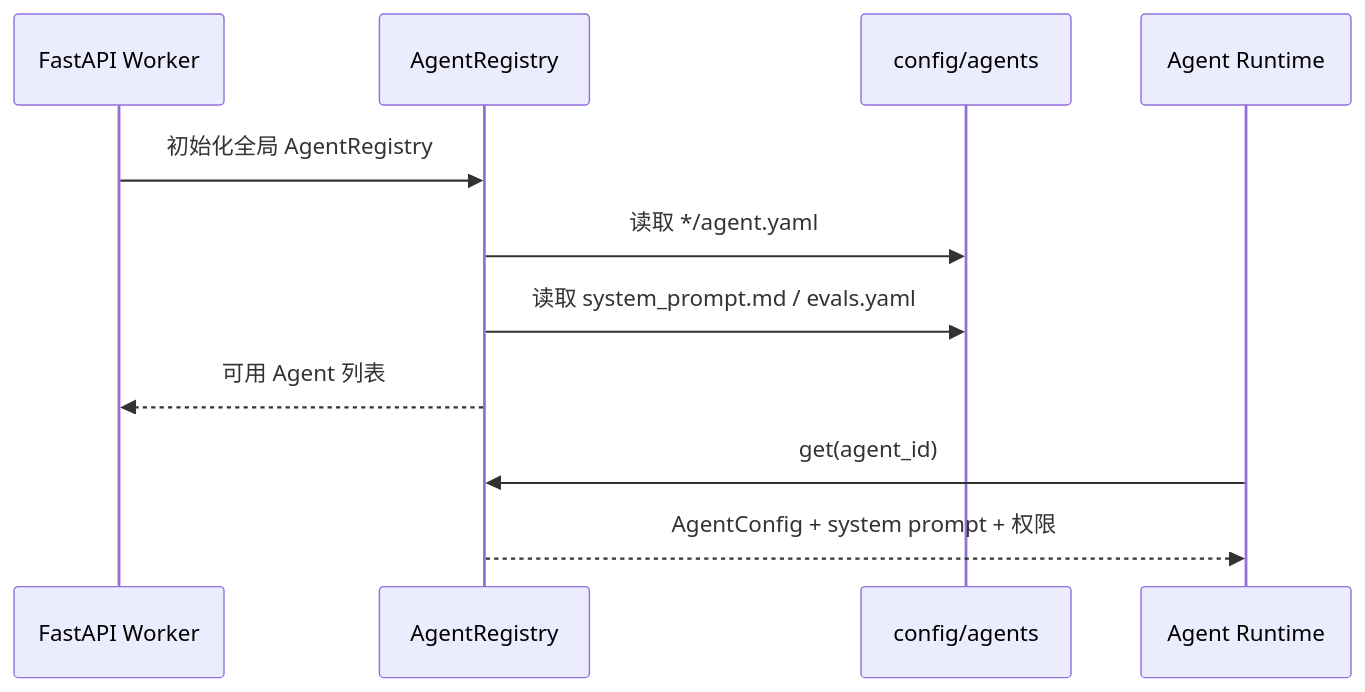
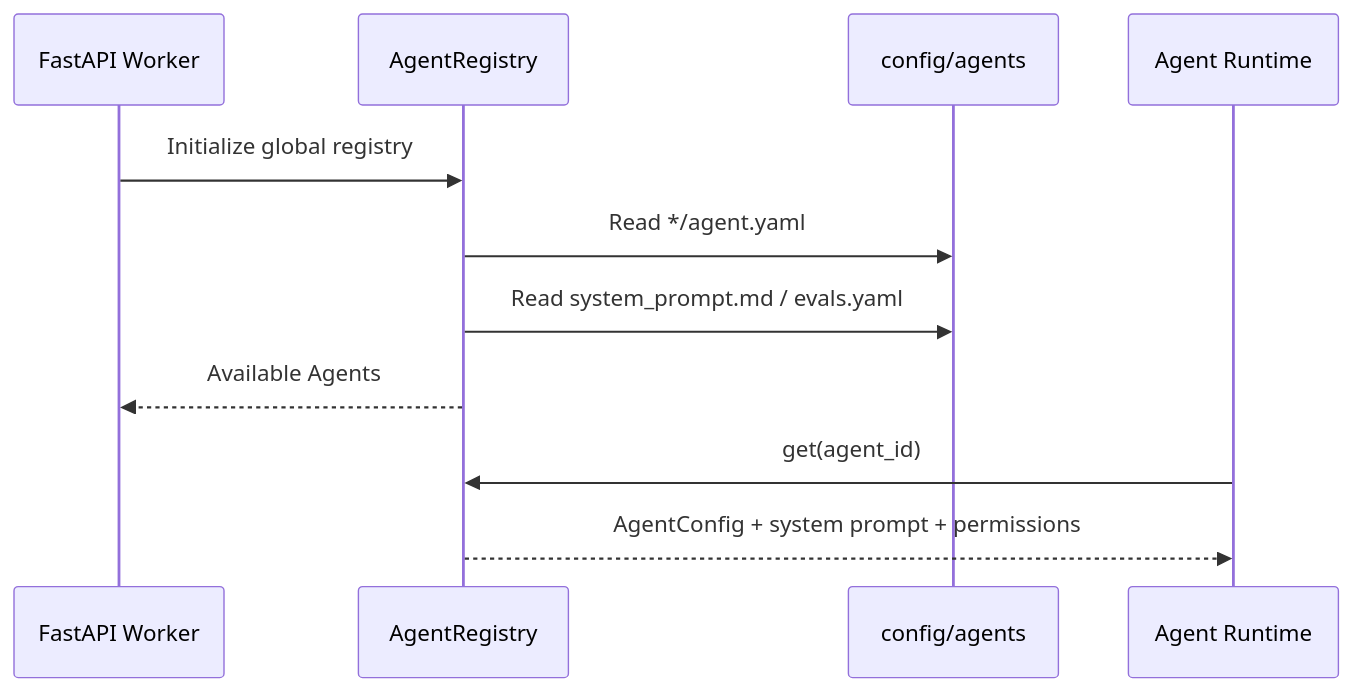
The seventh of 18 diagrams in README.md (youkuxiaobin/task-pilot-agent), drawn with Mermaid before and after one commit. The commit also changed other lines of this file and 1 other file, not shown here.

````diff
--- a/README.md
+++ b/README.md
@@ -140,14 +157,14 @@
 ```mermaid
 sequenceDiagram
   participant App as FastAPI Worker
   participant Registry as AgentRegistry
   participant YAML as config/agents
   participant Runtime as Agent Runtime
 
-  App->>Registry: 初始化全局 AgentRegistry
-  Registry->>YAML: 读取 */agent.yaml
-  Registry->>YAML: 读取 system_prompt.md / evals.yaml
-  Registry-->>App: 可用 Agent 列表
+  App->>Registry: Initialize global registry
+  Registry->>YAML: Read */agent.yaml
+  Registry->>YAML: Read system_prompt.md / evals.yaml
+  Registry-->>App: Available Agents
   Runtime->>Registry: get(agent_id)
-  Registry-->>Runtime: AgentConfig + system prompt + 权限
+  Registry-->>Runtime: AgentConfig + system prompt + permissions
 ```
````
